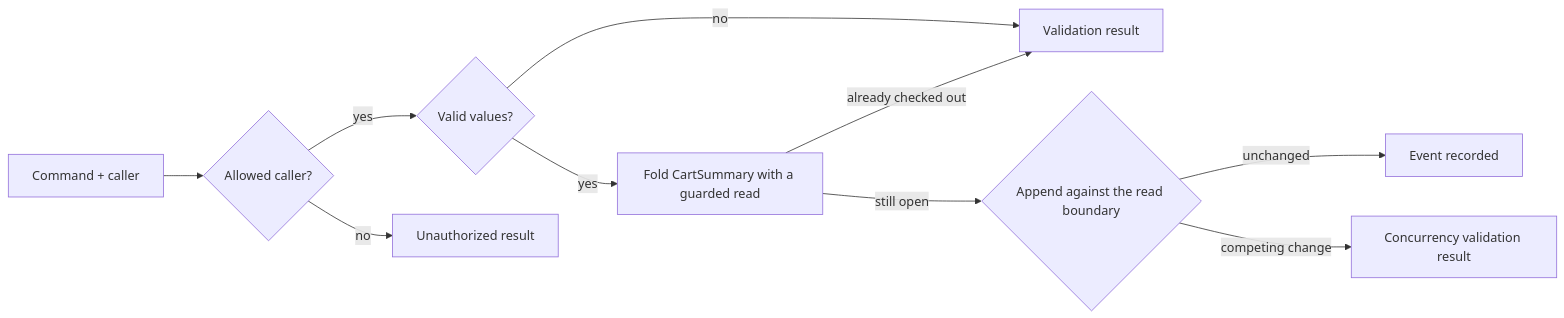
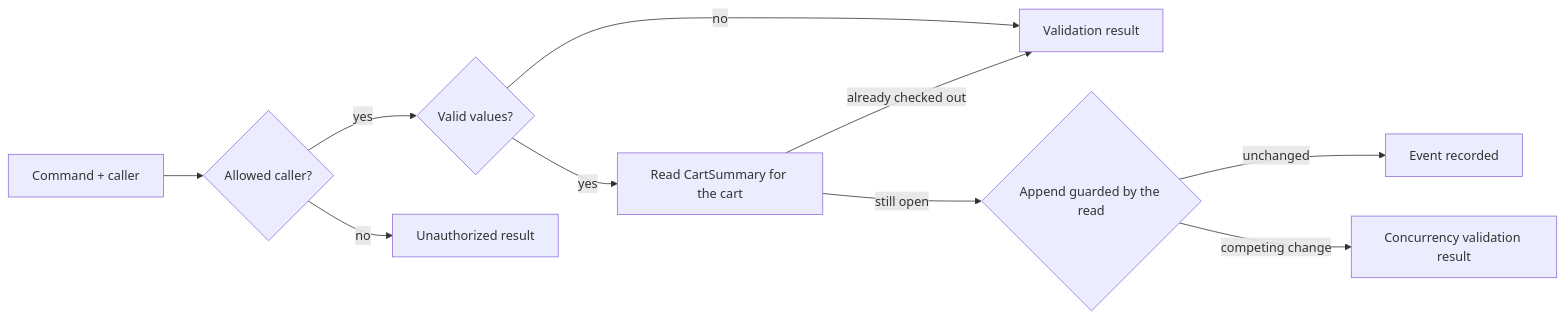
One commit to Cratis/Samples changed the diagram in LearningPath/07-ValidationAndAuthorization/README.md. Above: the diagram before and after it, drawn with Mermaid. The commit also changed other lines of this file and 5 other files, not shown here.

Commit message:
LearningPath 07: use read protection On instead of ProtectedDecision

````diff
--- a/LearningPath/07-ValidationAndAuthorization/README.md
+++ b/LearningPath/07-ValidationAndAuthorization/README.md
@@ -19,12 +19,12 @@
 ```mermaid
 flowchart LR
     request[Command + caller] --> authorization{Allowed caller?}
     authorization -->|yes| validation{Valid values?}
     authorization -->|no| denied[Unauthorized result]
-    validation -->|yes| decision[Fold CartSummary with a guarded read]
+    validation -->|yes| decision[Read CartSummary for the cart]
     validation -->|no| rejected[Validation result]
     decision -->|already checked out| rejected
-    decision -->|still open| commit{Append against the read boundary}
+    decision -->|still open| commit{Append guarded by the read}
     commit -->|unchanged| fact[Event recorded]
     commit -->|competing change| conflict[Concurrency validation result]
 ```
````
